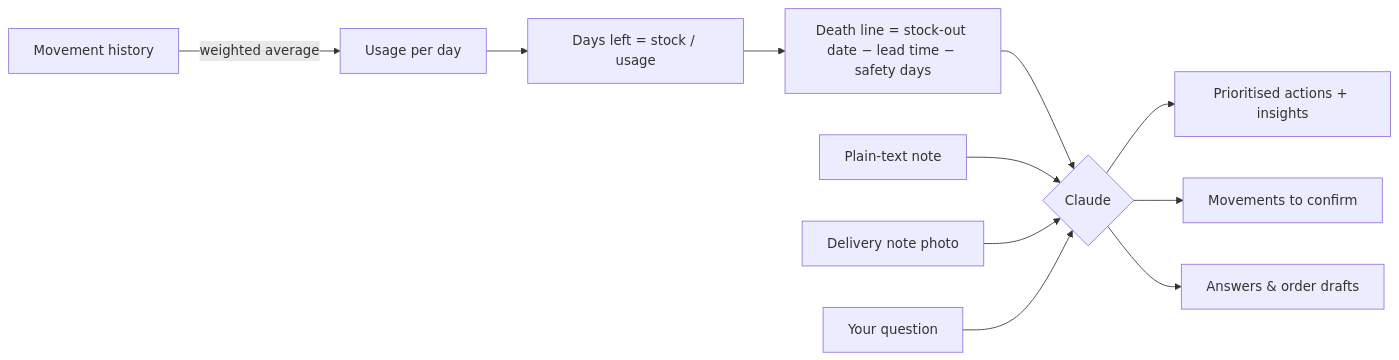
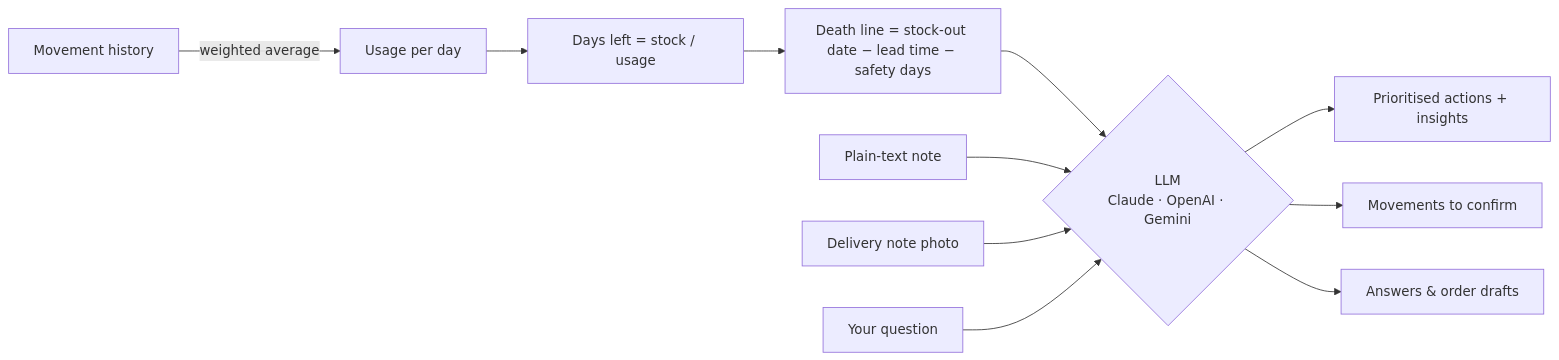
The diagram in README.md (Querii9/stockline), drawn with Mermaid before and after one commit. The commit also changed other lines of this file and 12 other files, not shown here.

First line of the commit message:
Add OpenAI and Gemini as AI providers

````diff
--- a/README.md
+++ b/README.md
@@ -31,13 +32,13 @@
 ```mermaid
 flowchart LR
   H[Movement history] -->|weighted average| R[Usage per day]
   R --> L[Days left = stock / usage]
   L --> D["Death line = stock-out date − lead time − safety days"]
-  D --> C{Claude}
+  D --> C{"LLM<br/>Claude · OpenAI · Gemini"}
   T[Plain-text note] --> C
   P[Delivery note photo] --> C
   Q[Your question] --> C
   C --> A[Prioritised actions + insights]
   C --> M[Movements to confirm]
   C --> E[Answers & order drafts]
 ```
````
